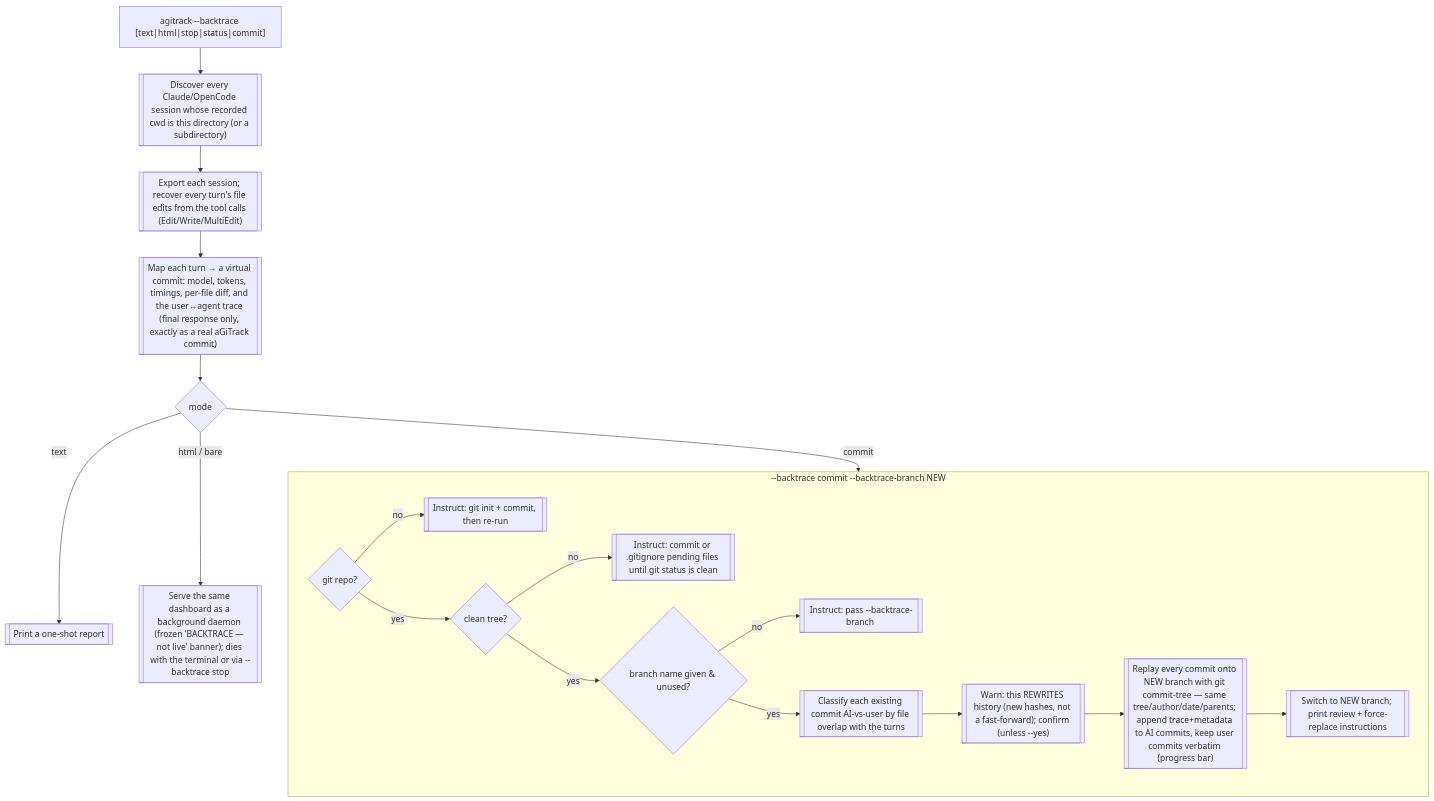
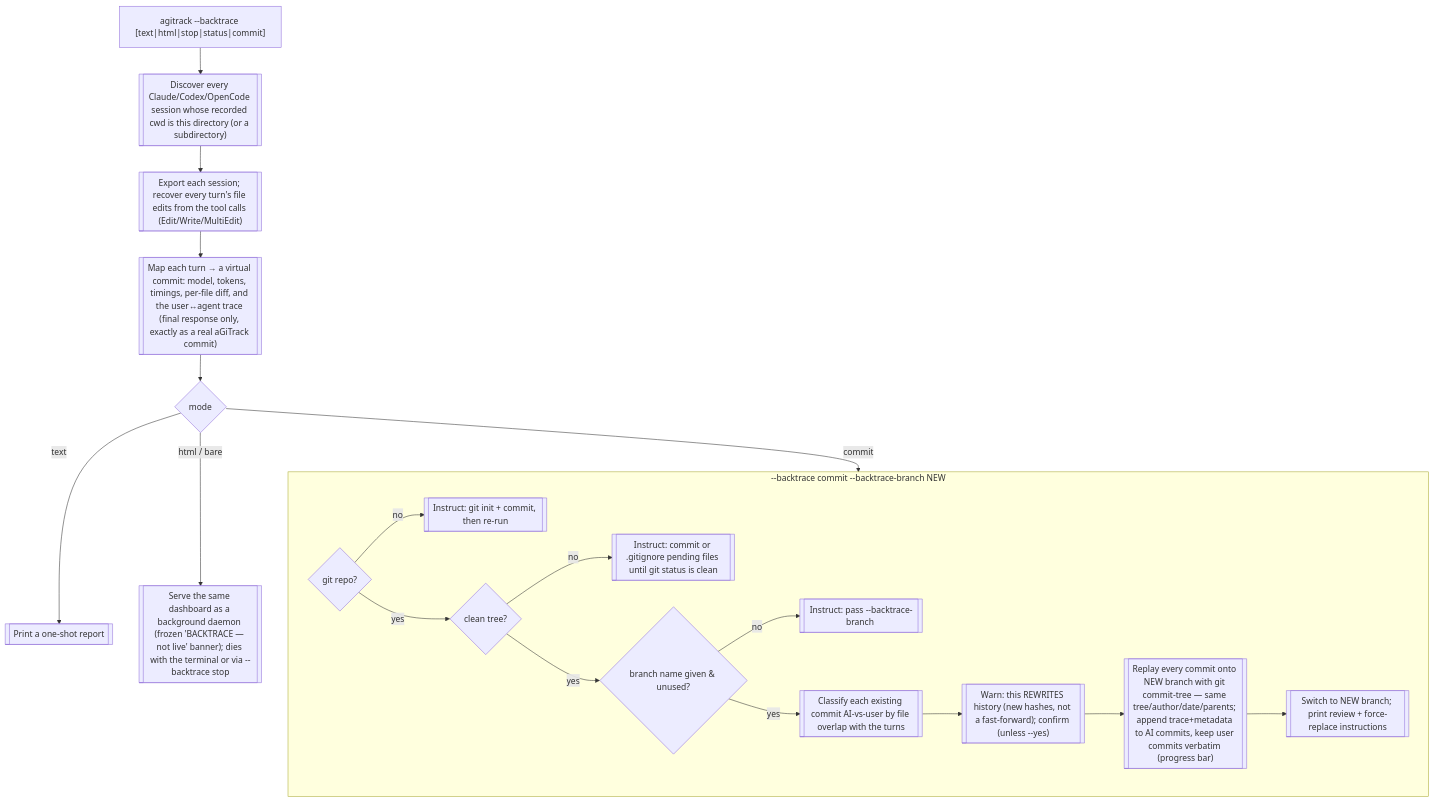
Before and after one commit to core-aix/agitrack: diagram 18 of 19 in docs/user-flow.md, drawn with Mermaid. The commit also changed other lines of this file and 47 other files, not shown here.

````diff
--- a/docs/user-flow.md
+++ b/docs/user-flow.md
@@ -758,21 +758,21 @@
 ```mermaid
 flowchart TD
-  bt["agitrack --backtrace [text|html|stop|status|commit]"] --> disc[["Discover every Claude/OpenCode session whose recorded cwd is this directory (or a subdirectory)"]]
+  bt["agitrack --backtrace [text|html|stop|status|commit]"] --> disc[["Discover every Claude/Codex/OpenCode session whose recorded cwd is this directory (or a subdirectory)"]]
   disc --> exp[["Export each session; recover every turn's file edits from the tool calls (Edit/Write/MultiEdit)"]]
   exp --> map[["Map each turn → a virtual commit: model, tokens, timings, per-file diff, and the user↔agent trace (final response only, exactly as a real aGiTrack commit)"]]
   map --> mode{mode}
   mode -->|text| txt[["Print a one-shot report"]]
   mode -->|html / bare| serve[["Serve the same dashboard as a background daemon (frozen 'BACKTRACE — not live' banner); dies with the terminal or via --backtrace stop"]]
   mode -->|commit| commit
   subgraph commit["--backtrace commit --backtrace-branch NEW"]
     g1{git repo?} -->|no| gi[["Instruct: git init + commit, then re-run"]]
     g1 -->|yes| g2{clean tree?}
     g2 -->|no| gd[["Instruct: commit or .gitignore pending files until git status is clean"]]
     g2 -->|yes| g3{branch name given & unused?}
     g3 -->|no| gb[["Instruct: pass --backtrace-branch <new-branch>"]]
     g3 -->|yes| cls[["Classify each existing commit AI-vs-user by file overlap with the turns"]]
     cls --> warn[["Warn: this REWRITES history (new hashes, not a fast-forward); confirm (unless --yes)"]]
     warn --> replay[["Replay every commit onto NEW branch with git commit-tree — same tree/author/date/parents; append trace+metadata to AI commits, keep user commits verbatim (progress bar)"]]
     replay --> sw[["Switch to NEW branch; print review + force-replace instructions"]]
   end
 ```
````
